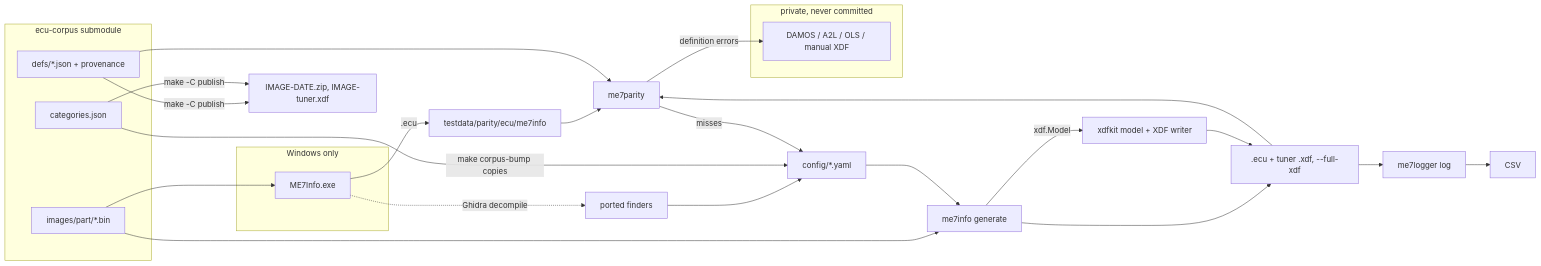
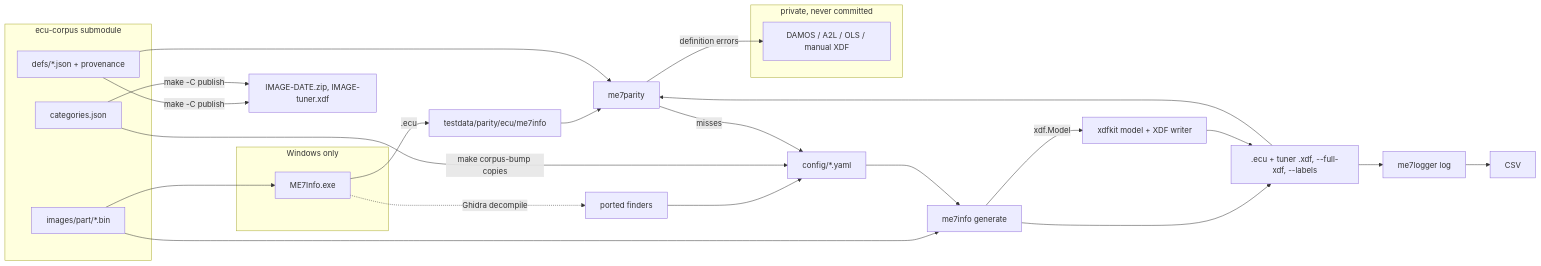
Before and after one commit to nyetlabs/me7-logger: the diagram in DEVELOPER.md, drawn with Mermaid. The commit also changed 6 other files, not shown here.

````diff
--- a/DEVELOPER.md
+++ b/DEVELOPER.md
@@ -5,31 +5,31 @@
 ```mermaid
 flowchart LR
   subgraph priv[private, never committed]
     src[DAMOS / A2L / OLS / manual XDF]
   end
   subgraph corpus[ecu-corpus submodule]
     bin[images/part/*.bin]
     def[defs/*.json + provenance]
     cats[categories.json]
   end
   subgraph win[Windows only]
     exe[ME7Info.exe]
   end
   bin --> exe -->|.ecu| oracle[testdata/parity/ecu/me7info]
   exe -.->|Ghidra decompile| port[ported finders]
   port --> cfg[config/*.yaml]
   bin --> gen[me7info generate]
   cfg --> gen
   cats -->|make corpus-bump copies| cfg
   def -->|"make -C publish"| packs["IMAGE-DATE.zip, IMAGE-tuner.xdf"]
   cats -->|"make -C publish"| packs
   gen -->|xdf.Model| kit[xdfkit model + XDF writer]
-  gen --> out[.ecu + tuner .xdf, --full-xdf]
+  gen --> out[.ecu + tuner .xdf, --full-xdf, --labels]
   kit --> out
   out --> log[me7logger log] --> csv[CSV]
   out --> par[me7parity]
   oracle --> par
   def --> par
   par -->|misses| cfg
   par -->|definition errors| src
 ```
````
